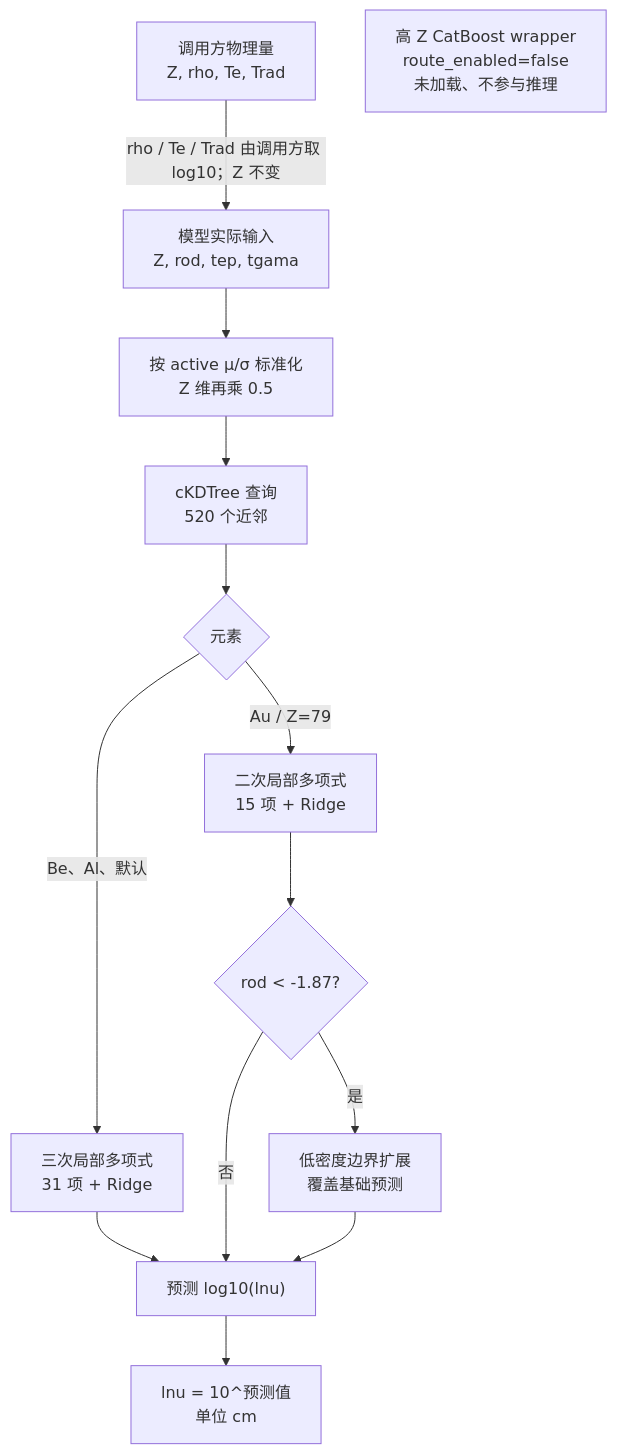
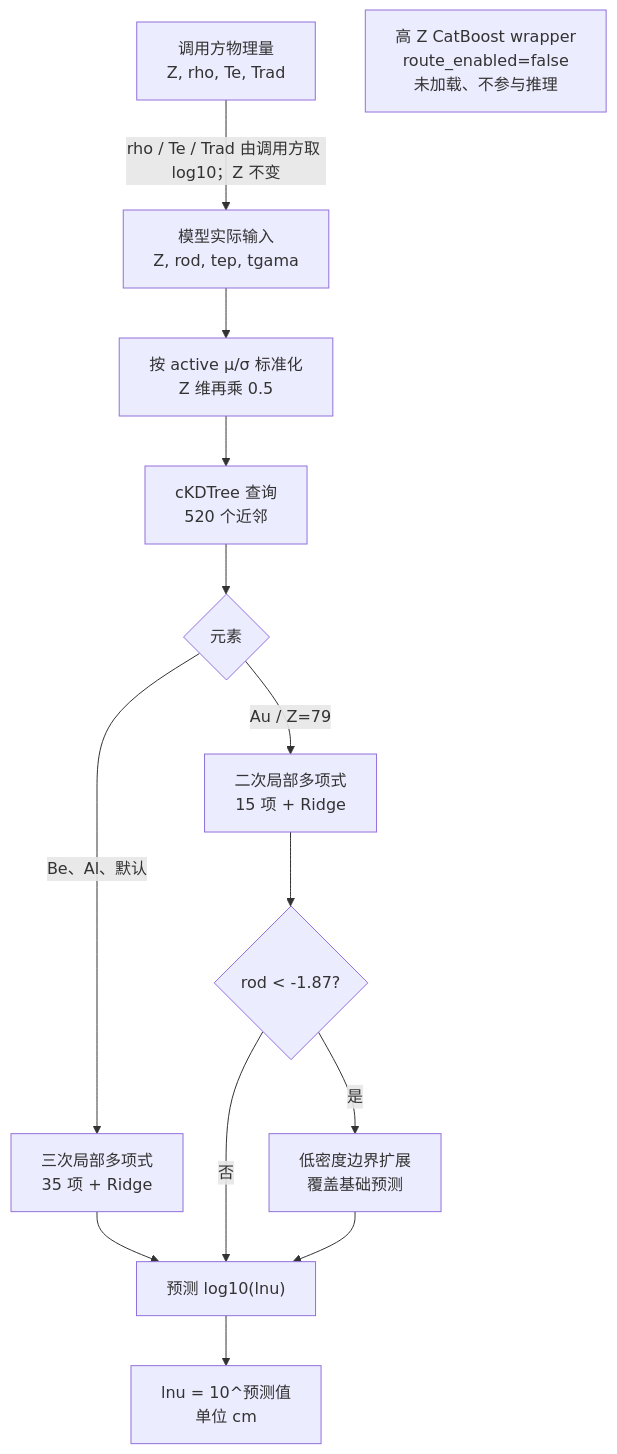
Before and after one commit to NiubilityZXC/free-path-service-portable: the diagram in docs/diagrams/freepath-model-architecture.mmd, drawn with Mermaid. The commit also changed 3 other files, not shown here.

```diff
--- a/docs/diagrams/freepath-model-architecture.mmd
+++ b/docs/diagrams/freepath-model-architecture.mmd
@@ -1,14 +1,14 @@
 flowchart TD
     A["调用方物理量<br/>Z, rho, Te, Trad"] -->|"rho / Te / Trad 由调用方取 log10；Z 不变"| B["模型实际输入<br/>Z, rod, tep, tgama"]
     B --> C["按 active μ/σ 标准化<br/>Z 维再乘 0.5"]
     C --> D["cKDTree 查询<br/>520 个近邻"]
     D --> E{"元素"}
-    E -->|"Be、Al、默认"| F["三次局部多项式<br/>31 项 + Ridge"]
+    E -->|"Be、Al、默认"| F["三次局部多项式<br/>35 项 + Ridge"]
     E -->|"Au / Z=79"| G["二次局部多项式<br/>15 项 + Ridge"]
     G --> R{"rod < -1.87?"}
     R -->|否| I
     R -->|是| H["低密度边界扩展<br/>覆盖基础预测"]
     F --> I["预测 log10(lnu)"]
     H --> I
     I --> J["lnu = 10^预测值<br/>单位 cm"]
     K["高 Z CatBoost wrapper<br/>route_enabled=false<br/>未加载、不参与推理"]
```
